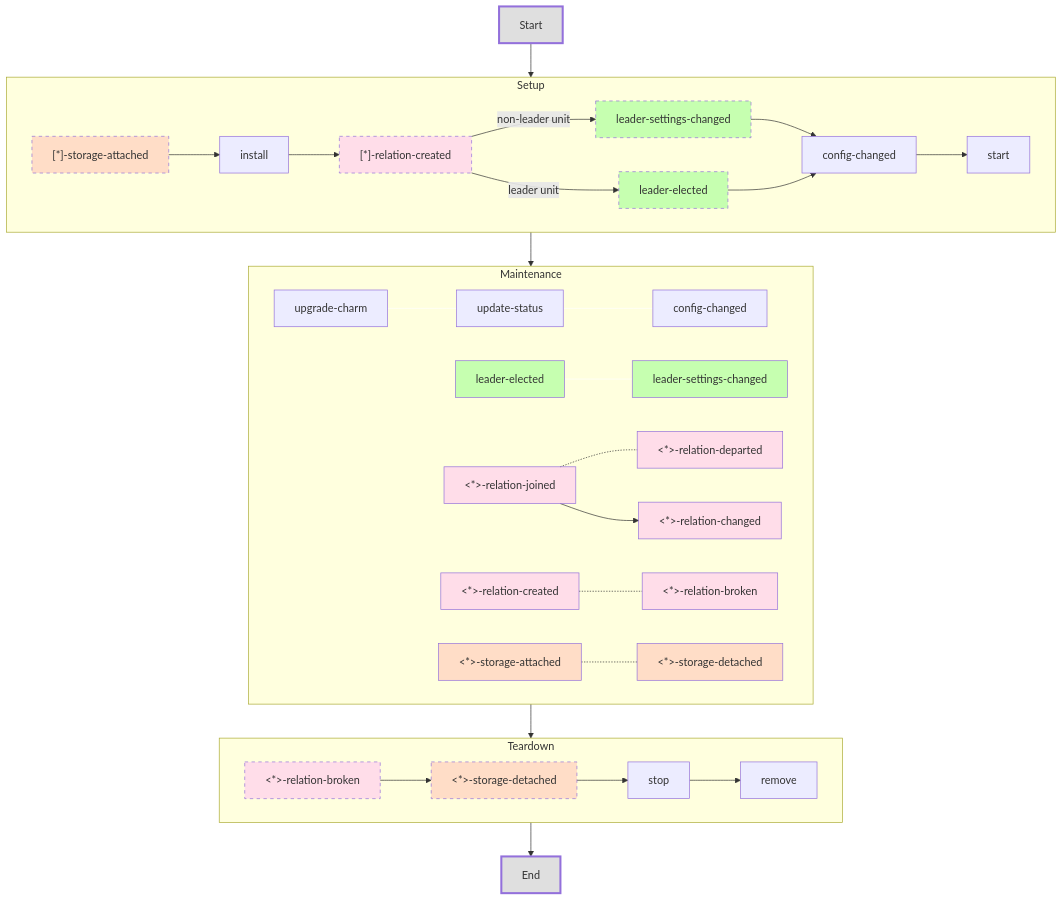
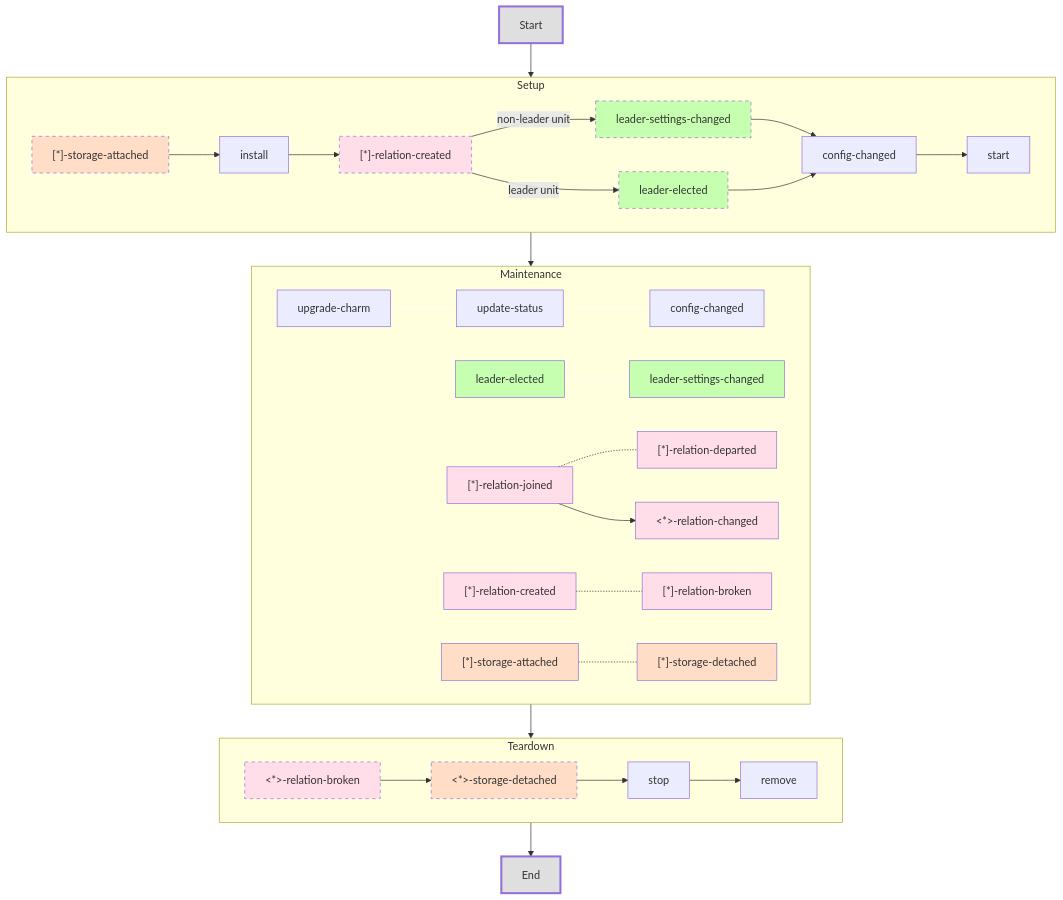
Before and after one commit to canonical/charm-events: the first of 2 diagrams in README.md, drawn with Mermaid.

````diff
--- a/README.md
+++ b/README.md
@@ -5,50 +5,50 @@
 ```mermaid
 flowchart TD
     subgraph Setup
         storage_attached["[*]-storage-attached"]:::optStorageEvent --> install
         install --> relation_created["[*]-relation-created"]:::optRelationEvent
         relation_created --> |leader unit|leader_elected[leader-elected]:::optLeaderEvent
         relation_created --> |non-leader unit|leader_settings_changed[leader-settings-changed]:::optLeaderEvent
         leader_settings_changed --> config_changed[config-changed]
         leader_elected --> config_changed[config-changed]
         config_changed --> start
     end
 
     subgraph Maintenance
         upgrade_charm[upgrade-charm] --- 
         update_status[update-status] ---
         config_changed_mant[config-changed] 
         leader_elected_mant[leader-elected]:::leaderEvent --- 
         leader_settings_changed_mant[leader-settings-changed]:::leaderEvent
-        relation_joined_mant[<*>-relation-joined]:::relationEvent -.- relation_departed_mant[<*>-relation-departed]:::relationEvent
+        relation_joined_mant["[*]-relation-joined"]:::relationEvent -.- relation_departed_mant["[*]-relation-departed"]:::relationEvent
         relation_joined_mant --> relation_changed_mant[<*>-relation-changed]:::relationEvent 
-        relation_created_mant[<*>-relation-created]:::relationEvent -.- relation_broken_mant[<*>-relation-broken]:::relationEvent 
-        storage_attached_mant[<*>-storage-attached]:::storageEvent -.- storage_detached_mant[<*>-storage-detached]:::storageEvent
+        relation_created_mant["[*]-relation-created"]:::relationEvent -.- relation_broken_mant["[*]-relation-broken"]:::relationEvent 
+        storage_attached_mant["[*]-storage-attached"]:::storageEvent -.- storage_detached_mant["[*]-storage-detached"]:::storageEvent
     end
     
     subgraph Teardown
         relation_broken_teard[<*>-relation-broken]:::optRelationEvent -->
         storage_detached[<*>-storage-detached]:::optStorageEvent -->
         stop -->
         remove
     end
     
     Start:::meta --> 
     Setup --> 
     Maintenance --> 
     Teardown --> 
     End:::meta
 
 linkStyle 7 stroke:#fff,stroke-width:1px;
 linkStyle 8 stroke:#fff,stroke-width:1px;
 linkStyle 9 stroke:#fff,stroke-width:1px;
 
 classDef relationEvent fill:#f9f5;
 classDef storageEvent fill:#f995;
 classDef leaderEvent fill:#5f55;
 classDef meta fill:#1112,stroke-width:3px;
 
 classDef optRelationEvent fill:#f9f5,stroke-dasharray: 5 5;
 classDef optStorageEvent fill:#f995,stroke-dasharray: 5 5;
 classDef optLeaderEvent fill:#5f55,stroke-dasharray: 5 5;
 ```
````
